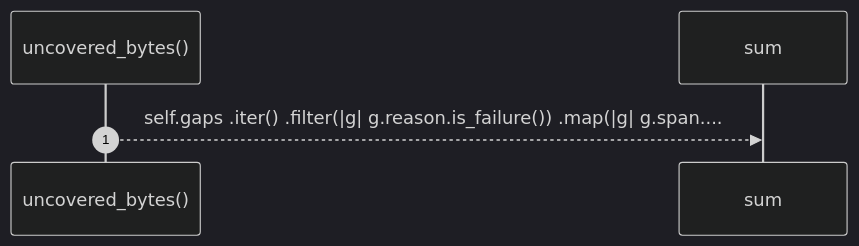
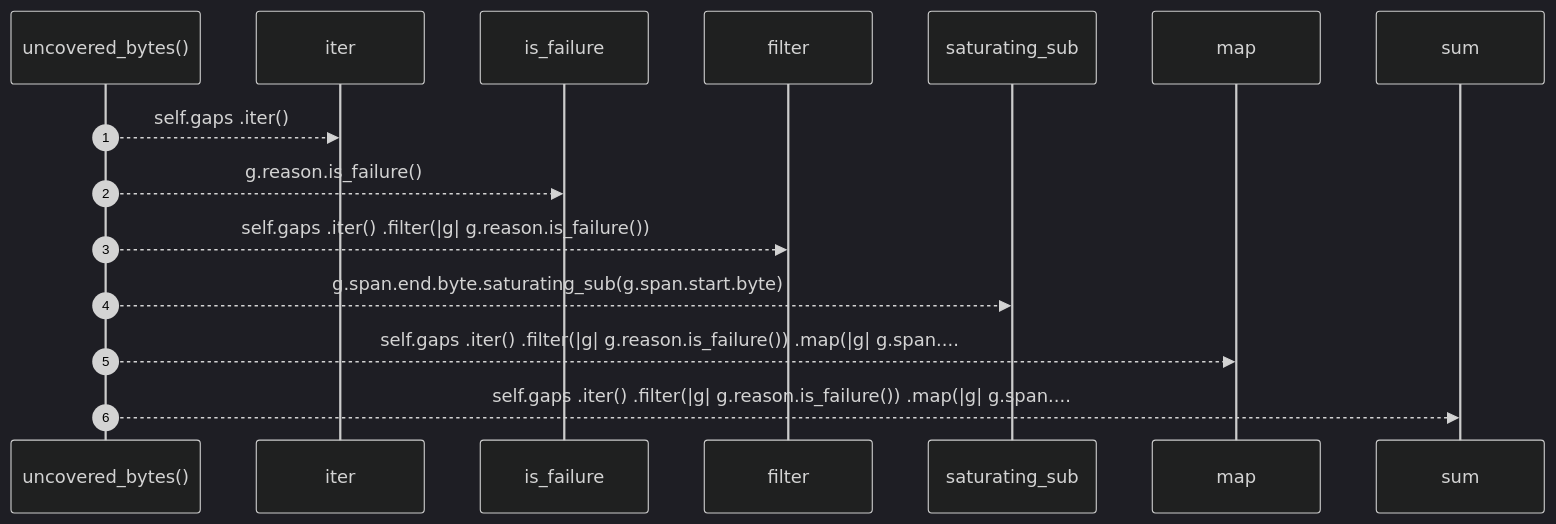
One commit to RyanGuild/self-describing-code changed the second of 5 diagrams in docs/self-model/robby_ir/coverage/impl-filecoverage.md. Above: the diagram before and after it, drawn with Mermaid (dark theme). The commit also changed other lines of this file and 1404 other files, not shown here.

````diff
--- a/docs/self-model/robby_ir/coverage/impl-filecoverage.md
+++ b/docs/self-model/robby_ir/coverage/impl-filecoverage.md
@@ -108,7 +128,17 @@
 ```mermaid
 sequenceDiagram
     autonumber
     participant uncovered_bytes as uncovered_bytes()
+    participant iter as iter
+    participant is_failure as is_failure
+    participant filter as filter
+    participant saturating_sub as saturating_sub
+    participant map as map
     participant sum as sum
+    uncovered_bytes-->>iter: self.gaps .iter()
+    uncovered_bytes-->>is_failure: g.reason.is_failure()
+    uncovered_bytes-->>filter: self.gaps .iter() .filter(|g| g.reason.is_failure())
+    uncovered_bytes-->>saturating_sub: g.span.end.byte.saturating_sub(g.span.start.byte)
+    uncovered_bytes-->>map: self.gaps .iter() .filter(|g| g.reason.is_failure()) .map(|g| g.span....
     uncovered_bytes-->>sum: self.gaps .iter() .filter(|g| g.reason.is_failure()) .map(|g| g.span....
 ```
````
